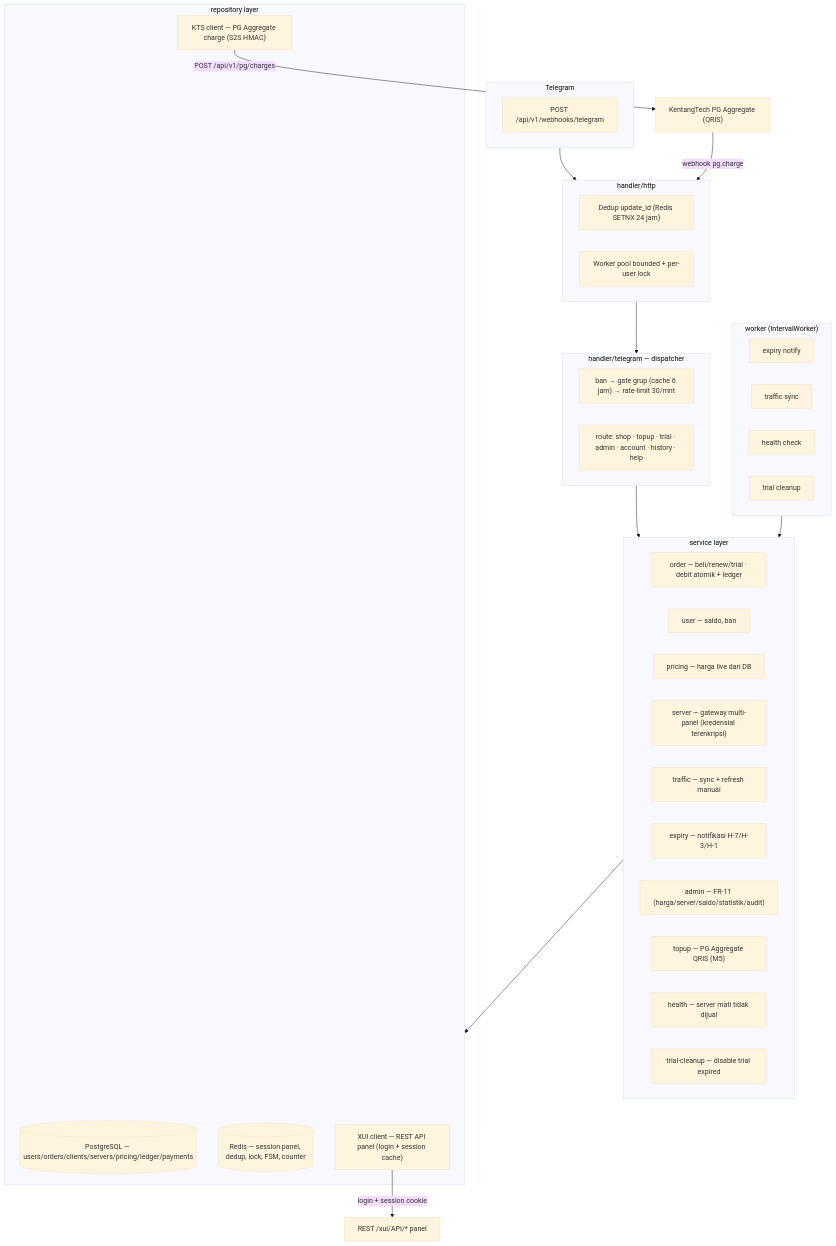
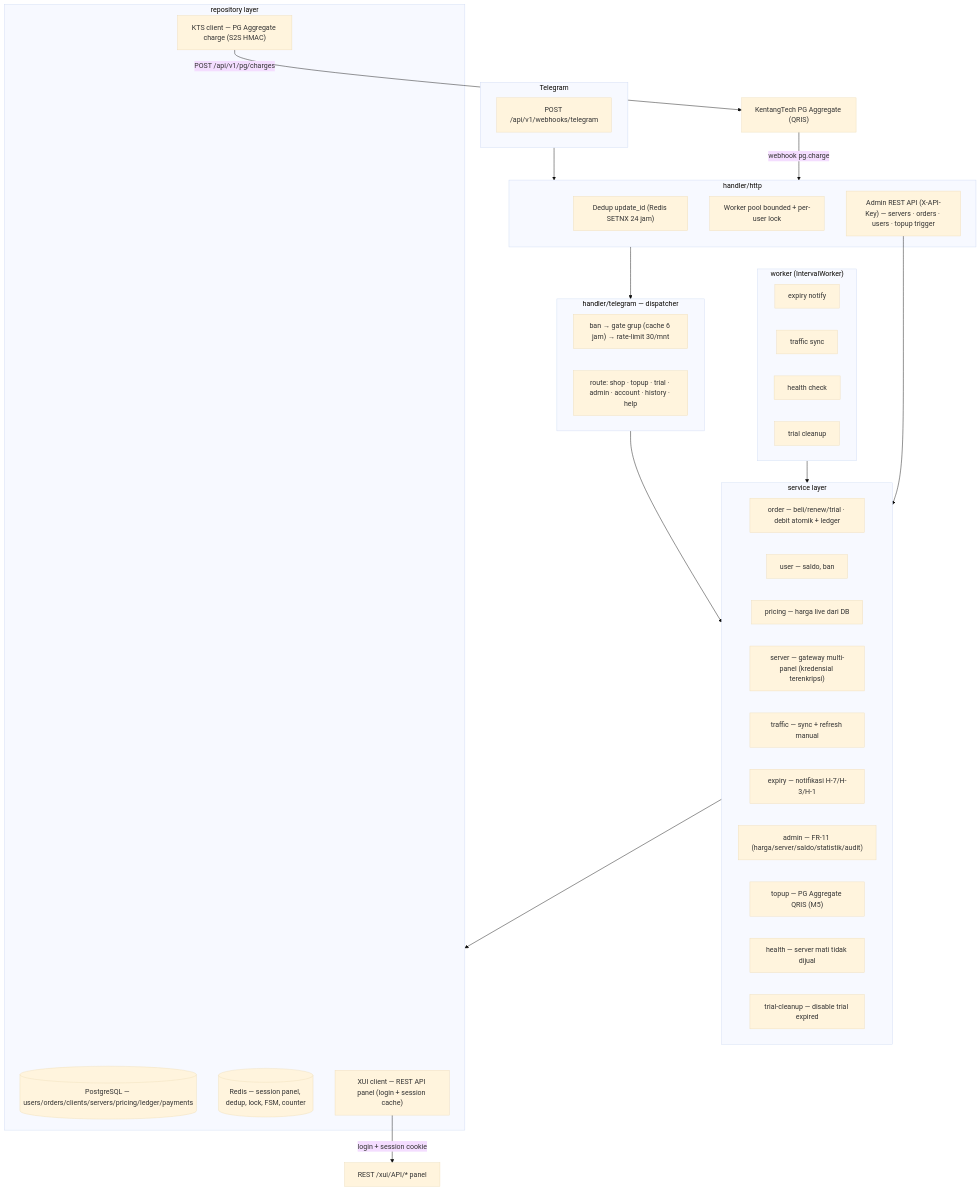
The fourth of 4 diagrams in README.md (rusmanadodi2598/pannel-xui), drawn with Mermaid (base theme) before and after one commit. The commit also changed 23 other files, not shown here.

First line of the commit message:
feat(bot): admin REST API §26.5 — servers CRUD + orders/users read + topup trigger (v1.49)

````diff
--- a/README.md
+++ b/README.md
@@ -116,50 +116,52 @@
 ```mermaid
 flowchart TB
     subgraph TELE["Telegram"]
         WH["POST /api/v1/webhooks/telegram"]
     end
 
     subgraph HTTP["handler/http"]
         DEDUP["Dedup update_id (Redis SETNX 24 jam)"]
         POOL["Worker pool bounded + per-user lock"]
+        REST["Admin REST API (X-API-Key) — servers · orders · users · topup trigger"]
     end
 
     subgraph DISP["handler/telegram — dispatcher"]
         CHAIN["ban → gate grup (cache 6 jam) → rate-limit 30/mnt"]
         ROUTE["route: shop · topup · trial · admin · account · history · help"]
     end
 
     subgraph SVC["service layer"]
         ORD["order — beli/renew/trial · debit atomik + ledger"]
         USR["user — saldo, ban"]
         PRC["pricing — harga live dari DB"]
         SRV["server — gateway multi-panel (kredensial terenkripsi)"]
         TRF["traffic — sync + refresh manual"]
         EXP["expiry — notifikasi H-7/H-3/H-1"]
         ADM["admin — FR-11 (harga/server/saldo/statistik/audit)"]
         TOP["topup — PG Aggregate QRIS (M5)"]
         HLTH["health — server mati tidak dijual"]
         TCL["trial-cleanup — disable trial expired"]
     end
 
     subgraph REPO["repository layer"]
         PG[("PostgreSQL — users/orders/clients/servers/pricing/ledger/payments")]
         RD[("Redis — session panel, dedup, lock, FSM, counter")]
         XUI["XUI client — REST API panel (login + session cache)"]
         KTS["KTS client — PG Aggregate charge (S2S HMAC)"]
     end
 
     subgraph WRK["worker (IntervalWorker)"]
         W1["expiry notify"]
         W2["traffic sync"]
         W3["health check"]
         W4["trial cleanup"]
     end
 
     TELE --> HTTP --> DISP --> SVC
     SVC --> REPO
     WRK --> SVC
     XUI -->|login + session cookie| API["REST /xui/API/* panel"]
     KTS -->|POST /api/v1/pg/charges| GATEWAY["KentangTech PG Aggregate (QRIS)"]
     GATEWAY -->|webhook pg.charge| HTTP
+    REST --> SVC
 ```
````
